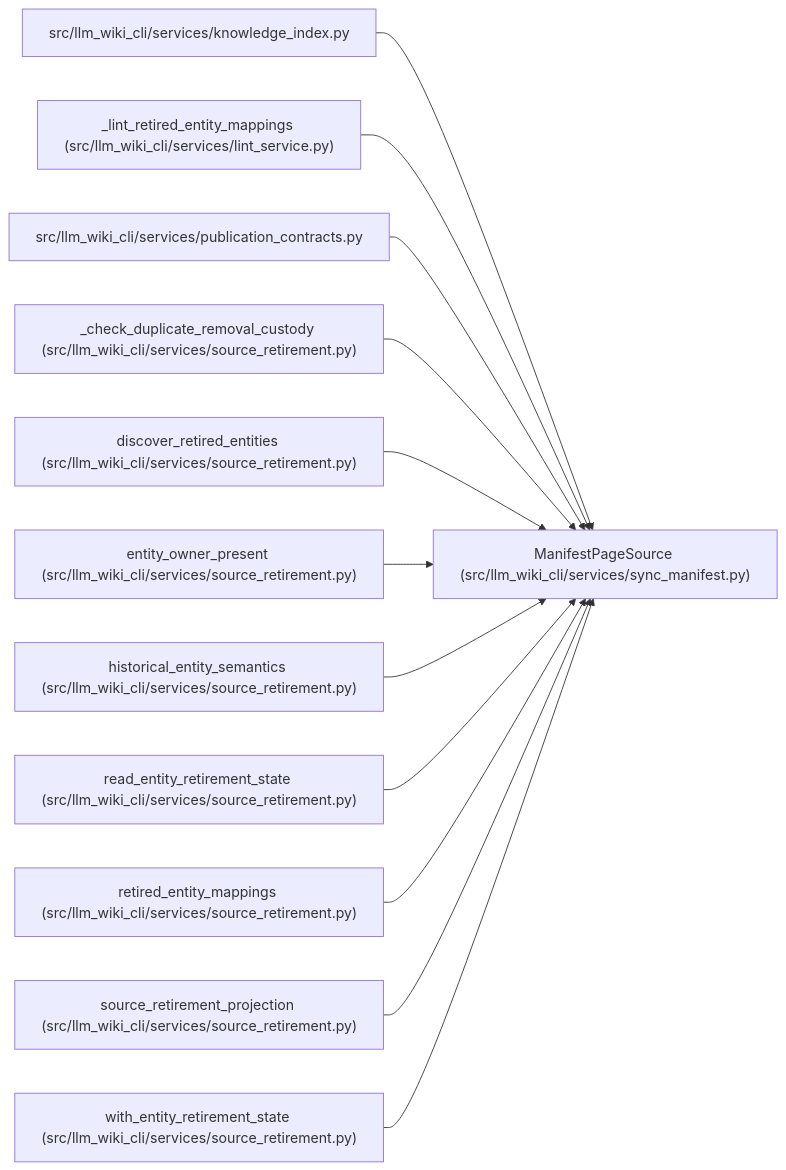
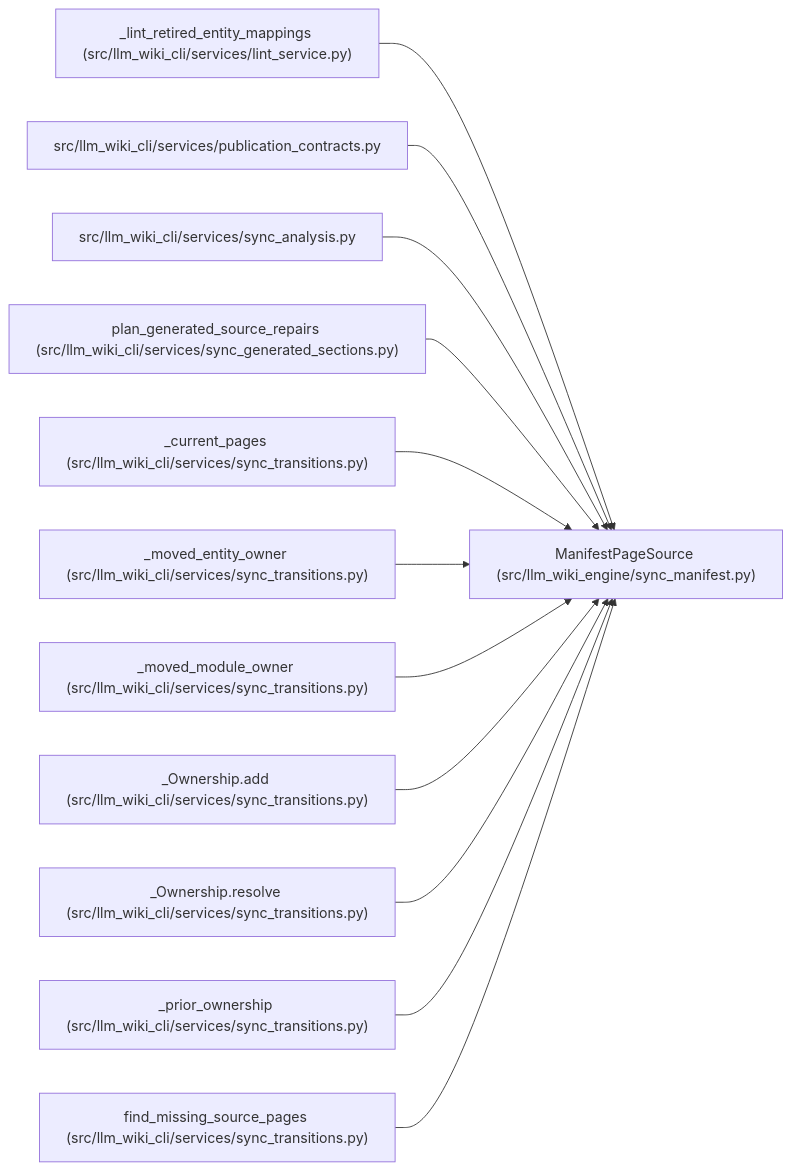
The diagram in docs/llm_wiki/entities/ManifestPageSource.md (Denissvgn/python-wiki-llm), drawn with Mermaid before and after one commit. The commit also changed other lines of this file and 1058 other files, not shown here.

First line of the commit message:
docs: refresh the wiki for the knowledge store move

````diff
--- a/docs/llm_wiki/entities/ManifestPageSource.md
+++ b/docs/llm_wiki/entities/ManifestPageSource.md
@@ -34,38 +34,38 @@
 ```mermaid
 flowchart LR
-    n0["ManifestPageSource (src/llm_wiki_cli/services/sync_manifest.py)"]
-    n1["src/llm_wiki_cli/services/knowledge_index.py"]
-    n2["_lint_retired_entity_mappings (src/llm_wiki_cli/services/lint_service.py)"]
-    n3["src/llm_wiki_cli/services/publication_contracts.py"]
-    n4["_check_duplicate_removal_custody (src/llm_wiki_cli/services/source_retirement.py)"]
-    n5["discover_retired_entities (src/llm_wiki_cli/services/source_retirement.py)"]
-    n6["entity_owner_present (src/llm_wiki_cli/services/source_retirement.py)"]
-    n7["historical_entity_semantics (src/llm_wiki_cli/services/source_retirement.py)"]
-    n8["read_entity_retirement_state (src/llm_wiki_cli/services/source_retirement.py)"]
-    n9["retired_entity_mappings (src/llm_wiki_cli/services/source_retirement.py)"]
-    n10["source_retirement_projection (src/llm_wiki_cli/services/source_retirement.py)"]
-    n11["with_entity_retirement_state (src/llm_wiki_cli/services/source_retirement.py)"]
+    n0["ManifestPageSource (src/llm_wiki_engine/sync_manifest.py)"]
+    n1["_lint_retired_entity_mappings (src/llm_wiki_cli/services/lint_service.py)"]
+    n2["src/llm_wiki_cli/services/publication_contracts.py"]
+    n3["src/llm_wiki_cli/services/sync_analysis.py"]
+    n4["plan_generated_source_repairs (src/llm_wiki_cli/services/sync_generated_sections.py)"]
+    n5["_current_pages (src/llm_wiki_cli/services/sync_transitions.py)"]
+    n6["_moved_entity_owner (src/llm_wiki_cli/services/sync_transitions.py)"]
+    n7["_moved_module_owner (src/llm_wiki_cli/services/sync_transitions.py)"]
+    n8["_Ownership.add (src/llm_wiki_cli/services/sync_transitions.py)"]
+    n9["_Ownership.resolve (src/llm_wiki_cli/services/sync_transitions.py)"]
+    n10["_prior_ownership (src/llm_wiki_cli/services/sync_transitions.py)"]
+    n11["find_missing_source_pages (src/llm_wiki_cli/services/sync_transitions.py)"]
     n1 --> n0
     n2 --> n0
     n3 --> n0
     n4 --> n0
     n5 --> n0
     n6 --> n0
     n7 --> n0
     n8 --> n0
     n9 --> n0
     n10 --> n0
     n11 --> n0
     click n0 "../modules/sync_manifest.md"
-    click n1 "../modules/knowledge_index.md"
-    click n2 "../modules/lint_service.md"
-    click n3 "../modules/publication_contracts.md"
-    click n4 "../modules/source_retirement.md"
-    click n5 "../modules/source_retirement.md"
-    click n6 "../modules/source_retirement.md"
-    click n7 "../modules/source_retirement.md"
-    click n8 "../modules/source_retirement.md"
-    click n9 "../modules/source_retirement.md"
-    click n10 "../modules/source_retirement.md"
-    click n11 "../modules/source_retirement.md"
+    click n1 "../modules/lint_service.md"
+    click n2 "../modules/publication_contracts.md"
+    click n3 "../modules/sync_analysis.md"
+    click n4 "../modules/sync_generated_sections.md"
+    click n5 "../modules/sync_transitions.md"
+    click n6 "../modules/sync_transitions.md"
+    click n7 "../modules/sync_transitions.md"
+    click n8 "../modules/sync_transitions.md"
+    click n9 "../modules/sync_transitions.md"
+    click n10 "../modules/sync_transitions.md"
+    click n11 "../modules/sync_transitions.md"
 ```
````
